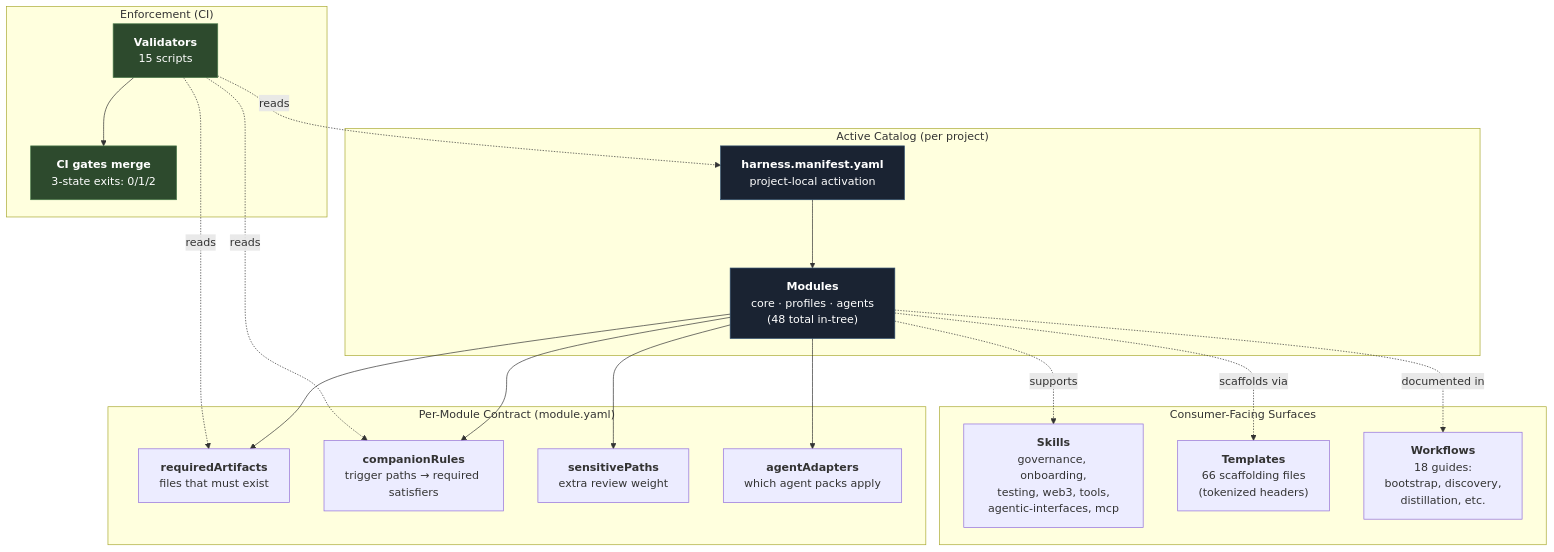
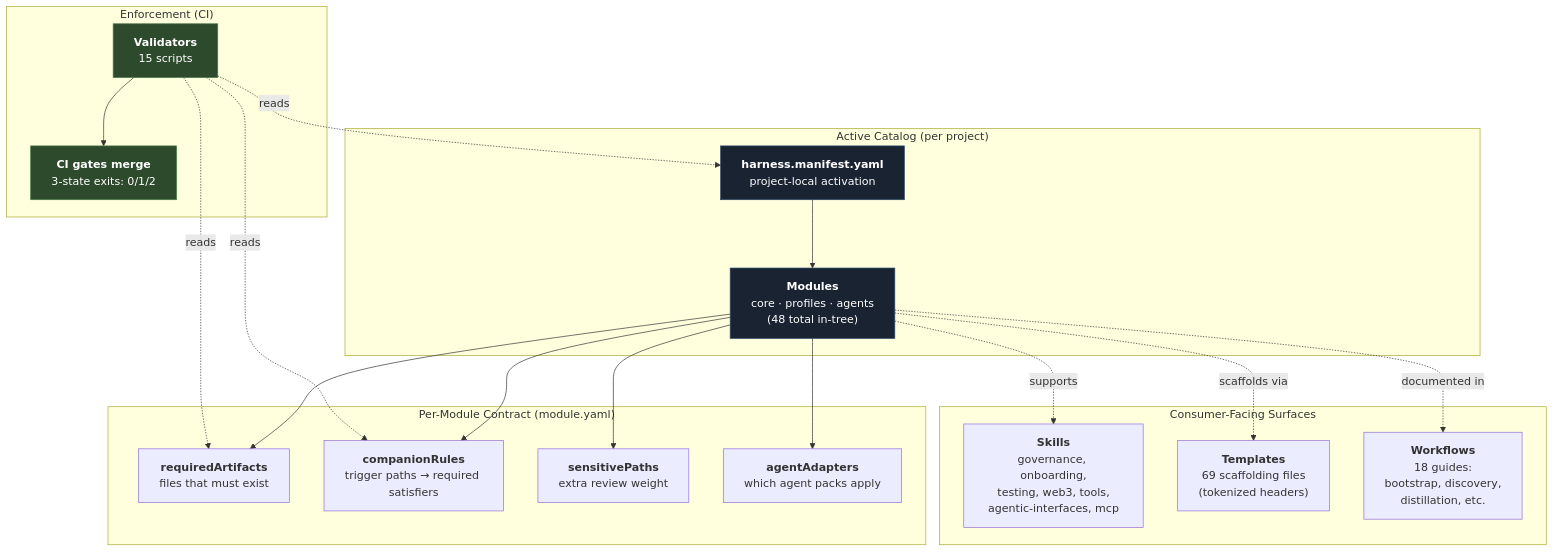
The first of 12 diagrams in docs/architecture/diagrams.md (unclenate/auto-harness), drawn with Mermaid before and after one commit. The commit also changed 6 other files, not shown here.

````diff
--- a/docs/architecture/diagrams.md
+++ b/docs/architecture/diagrams.md
@@ -49,38 +49,38 @@
 ```mermaid
 flowchart TD
     Manifest["<b>harness.manifest.yaml</b><br/>project-local activation"]
 
     subgraph CATALOG["Active Catalog (per project)"]
         Manifest --> Modules["<b>Modules</b><br/>core · profiles · agents<br/>(48 total in-tree)"]
     end
 
     subgraph CONTRACT["Per-Module Contract (module.yaml)"]
         Modules --> Required["<b>requiredArtifacts</b><br/>files that must exist"]
         Modules --> Companions["<b>companionRules</b><br/>trigger paths → required satisfiers"]
         Modules --> Sensitive["<b>sensitivePaths</b><br/>extra review weight"]
         Modules --> Adapters["<b>agentAdapters</b><br/>which agent packs apply"]
     end
 
     subgraph ENFORCE["Enforcement (CI)"]
         Validators["<b>Validators</b><br/>15 scripts"]
         Validators -.reads.-> Manifest
         Validators -.reads.-> Required
         Validators -.reads.-> Companions
         Validators --> CIGate["<b>CI gates merge</b><br/>3-state exits: 0/1/2"]
     end
 
     subgraph SURFACE["Consumer-Facing Surfaces"]
         Skills["<b>Skills</b><br/>governance, onboarding,<br/>testing, web3, tools,<br/>agentic-interfaces, mcp"]
-        Templates["<b>Templates</b><br/>66 scaffolding files<br/>(tokenized headers)"]
+        Templates["<b>Templates</b><br/>69 scaffolding files<br/>(tokenized headers)"]
         Workflows["<b>Workflows</b><br/>18 guides:<br/>bootstrap, discovery,<br/>distillation, etc."]
     end
 
     Modules -.supports.-> Skills
     Modules -.scaffolds via.-> Templates
     Modules -.documented in.-> Workflows
 
     style Manifest fill:#1a2332,stroke:#2c4a6b,color:#fff
     style Modules fill:#1a2332,stroke:#2c4a6b,color:#fff
     style Validators fill:#2d4a2d,stroke:#4a7a4a,color:#fff
     style CIGate fill:#2d4a2d,stroke:#4a7a4a,color:#fff
 ```
````
